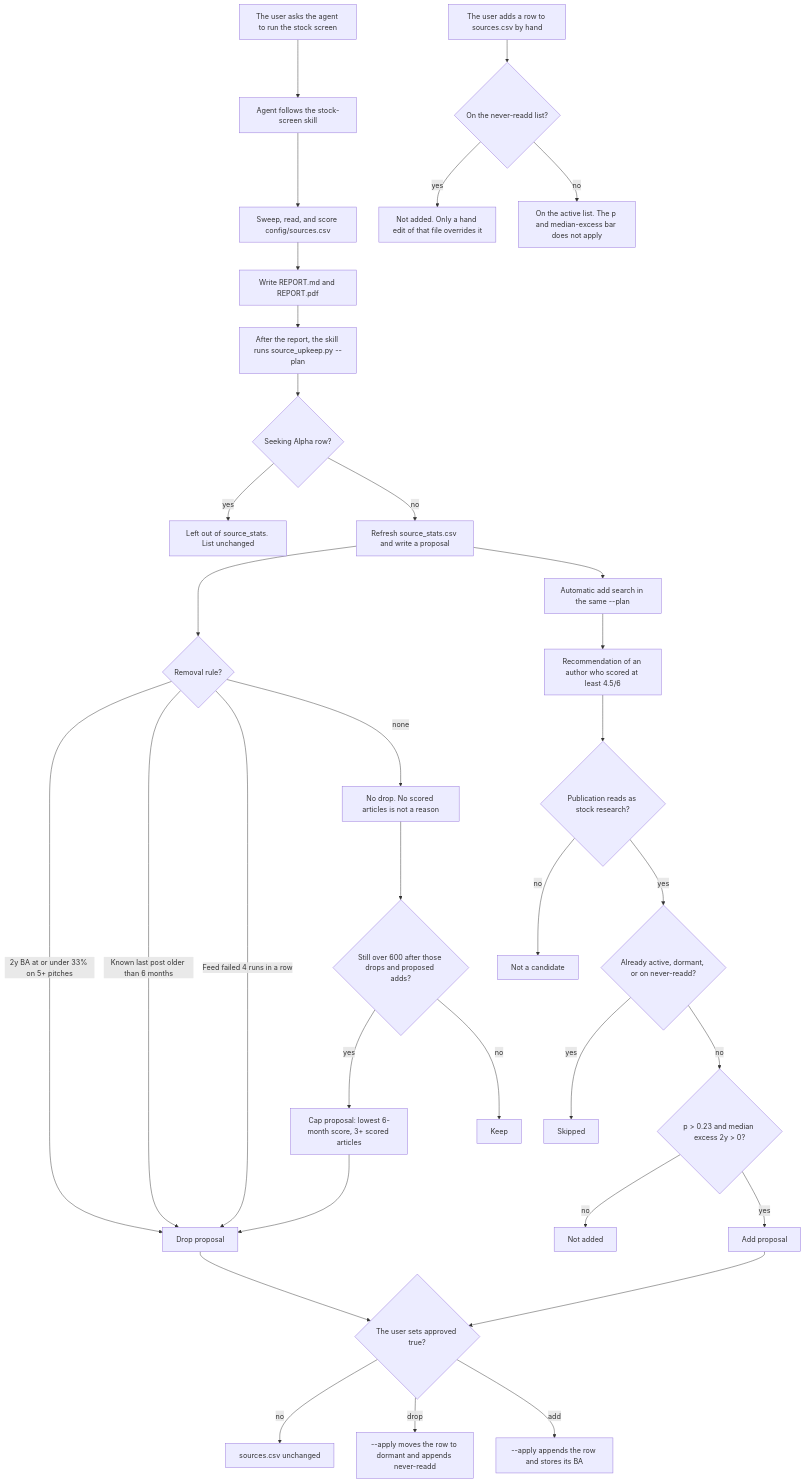
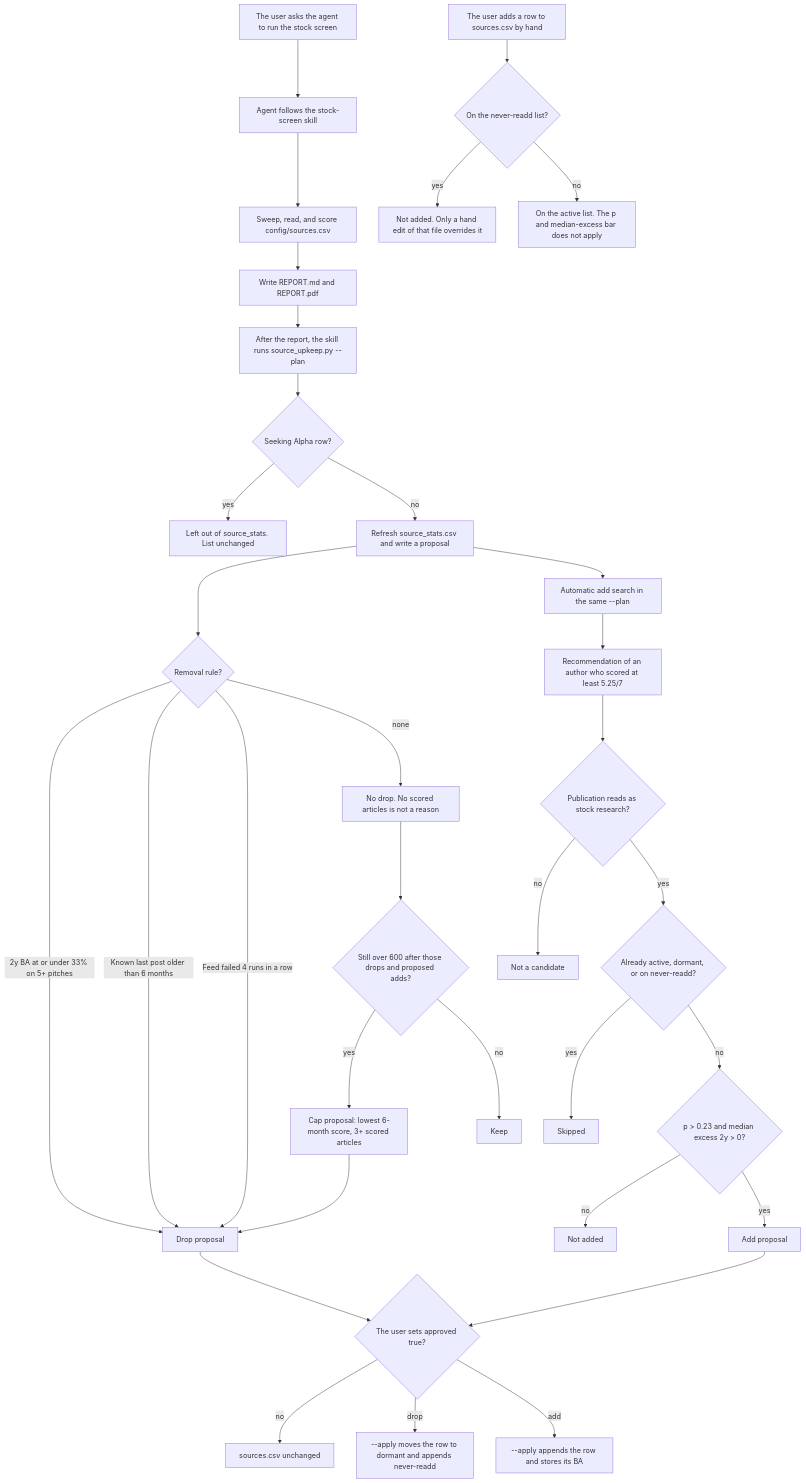
Before and after one commit to mtlr05/screeny: the diagram in README.md, drawn with Mermaid. The commit also changed other lines of this file and 8 other files, not shown here.

````diff
--- a/README.md
+++ b/README.md
@@ -108,53 +108,53 @@
 ```mermaid
 flowchart TD
   ask["The user asks the agent to run the stock screen"]
   skill["Agent follows the stock-screen skill"]
   sweep["Sweep, read, and score config/sources.csv"]
   report["Write REPORT.md and REPORT.pdf"]
   planNode["After the report, the skill runs source_upkeep.py --plan"]
   ask --> skill --> sweep --> report --> planNode
 
   sa{"Seeking Alpha row?"}
   planNode --> sa
   sa -->|yes| untracked["Left out of source_stats. List unchanged"]
   sa -->|no| stats["Refresh source_stats.csv and write a proposal"]
 
   drop{"Removal rule?"}
   stats --> drop
   drop -->|"2y BA at or under 33% on 5+ pitches"| dropProp["Drop proposal"]
   drop -->|"Known last post older than 6 months"| dropProp
   drop -->|"Feed failed 4 runs in a row"| dropProp
   drop -->|none| kept["No drop. No scored articles is not a reason"]
 
   cap{"Still over 600 after those drops and proposed adds?"}
   kept --> cap
   cap -->|yes| trim["Cap proposal: lowest 6-month score, 3+ scored articles"]
   cap -->|no| remain["Keep"]
   trim --> dropProp
 
   auto["Automatic add search in the same --plan"]
   stats --> auto
-  high["Recommendation of an author who scored at least 4.5/6"]
+  high["Recommendation of an author who scored at least 5.25/7"]
   auto --> high
   stock{"Publication reads as stock research?"}
   high --> stock
   stock -->|no| skipTopic["Not a candidate"]
   stock -->|yes| known{"Already active, dormant, or on never-readd?"}
   known -->|yes| skipKnown["Skipped"]
   known -->|no| bar{"p > 0.23 and median excess 2y > 0?"}
   bar -->|no| notAdded["Not added"]
   bar -->|yes| addProp["Add proposal"]
 
   approve{"The user sets approved true?"}
   dropProp --> approve
   addProp --> approve
   approve -->|no| unchanged["sources.csv unchanged"]
   approve -->|drop| parked["--apply moves the row to dormant and appends never-readd"]
   approve -->|add| applied["--apply appends the row and stores its BA"]
 
   hand["The user adds a row to sources.csv by hand"]
   handCheck{"On the never-readd list?"}
   hand --> handCheck
   handCheck -->|yes| handNo["Not added. Only a hand edit of that file overrides it"]
   handCheck -->|no| handYes["On the active list. The p and median-excess bar does not apply"]
 ```
````
